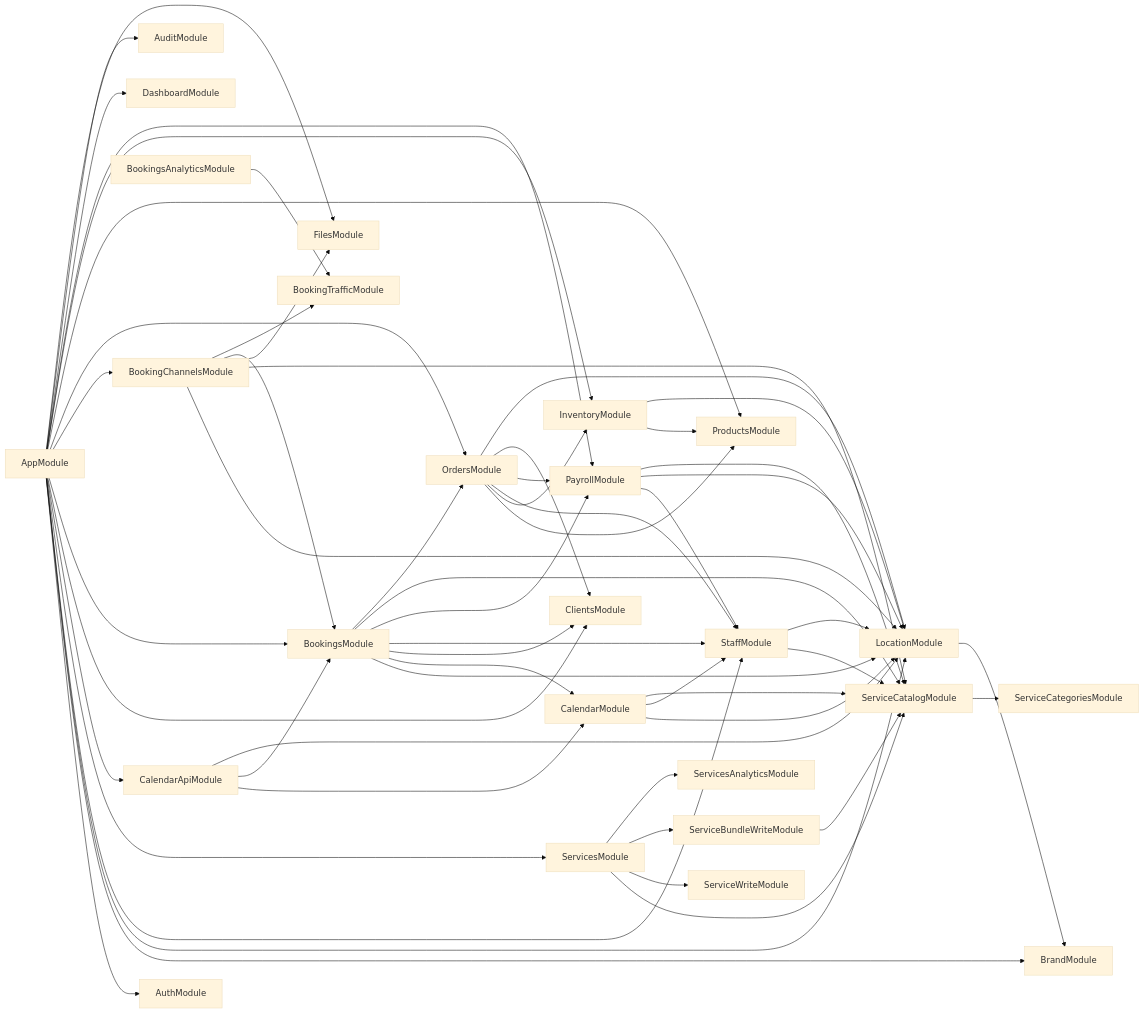
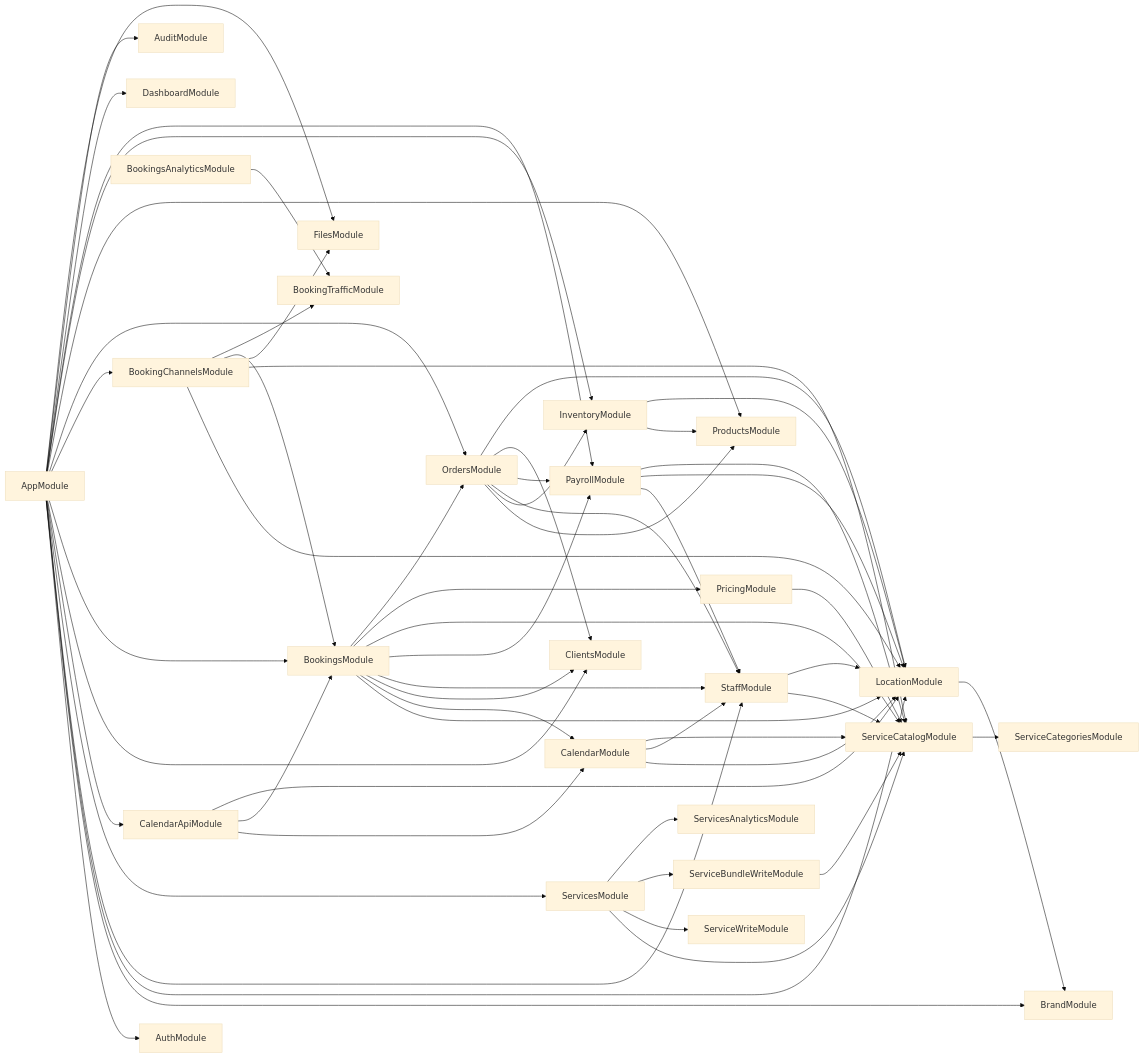
Before and after one commit to pavelnagorsky/crm-core: the first of 2 diagrams in docs/architecture/README.md, drawn with Mermaid (base theme). The commit also changed 80 other files, not shown here.

First line of the commit message:
Pricing stage 1: price engine and price layers on bookings and orders

````diff
--- a/docs/architecture/README.md
+++ b/docs/architecture/README.md
@@ -24,63 +24,66 @@
 ```mermaid
 flowchart LR
   AppModule --> AuthModule
   AppModule --> BrandModule
   AppModule --> LocationModule
   AppModule --> StaffModule
   AppModule --> ServicesModule
   ServicesModule --> ServiceCatalogModule
   ServicesModule --> ServiceWriteModule
   ServicesModule --> ServiceBundleWriteModule
   ServicesModule --> ServicesAnalyticsModule
   ServiceCatalogModule --> ServiceCategoriesModule
   ServiceBundleWriteModule --> ServiceCatalogModule
   AppModule --> CalendarApiModule
   AppModule --> ClientsModule
   AppModule --> BookingsModule
   AppModule --> BookingChannelsModule
   AppModule --> OrdersModule
   AppModule --> ProductsModule
   AppModule --> InventoryModule
   AppModule --> PayrollModule
   AppModule --> DashboardModule
   AppModule --> AuditModule
   AppModule --> FilesModule
 
   LocationModule --> BrandModule
   StaffModule --> ServiceCatalogModule
   StaffModule --> LocationModule
   CalendarModule --> LocationModule
   CalendarModule --> StaffModule
   CalendarModule --> ServiceCatalogModule
   CalendarApiModule --> CalendarModule
   CalendarApiModule --> BookingsModule
   CalendarApiModule --> LocationModule
 
   BookingsModule --> LocationModule
   BookingsModule --> CalendarModule
   BookingsModule --> ClientsModule
   BookingsModule --> StaffModule
   BookingsModule --> PayrollModule
   BookingsModule --> ServiceCatalogModule
+  BookingsModule --> PricingModule
   BookingsModule --> OrdersModule
+
+  PricingModule --> ServiceCatalogModule
 
   BookingChannelsModule --> LocationModule
   BookingChannelsModule --> ServiceCatalogModule
   BookingChannelsModule --> FilesModule
   BookingChannelsModule --> BookingsModule
   BookingChannelsModule --> BookingTrafficModule
   BookingsAnalyticsModule --> BookingTrafficModule
 
   OrdersModule --> ProductsModule
   OrdersModule --> InventoryModule
   OrdersModule --> StaffModule
   OrdersModule --> PayrollModule
   OrdersModule --> ClientsModule
   OrdersModule --> LocationModule
 
   InventoryModule --> ProductsModule
   InventoryModule --> LocationModule
   PayrollModule --> StaffModule
   PayrollModule --> LocationModule
   PayrollModule --> ServiceCatalogModule
 ```
````
